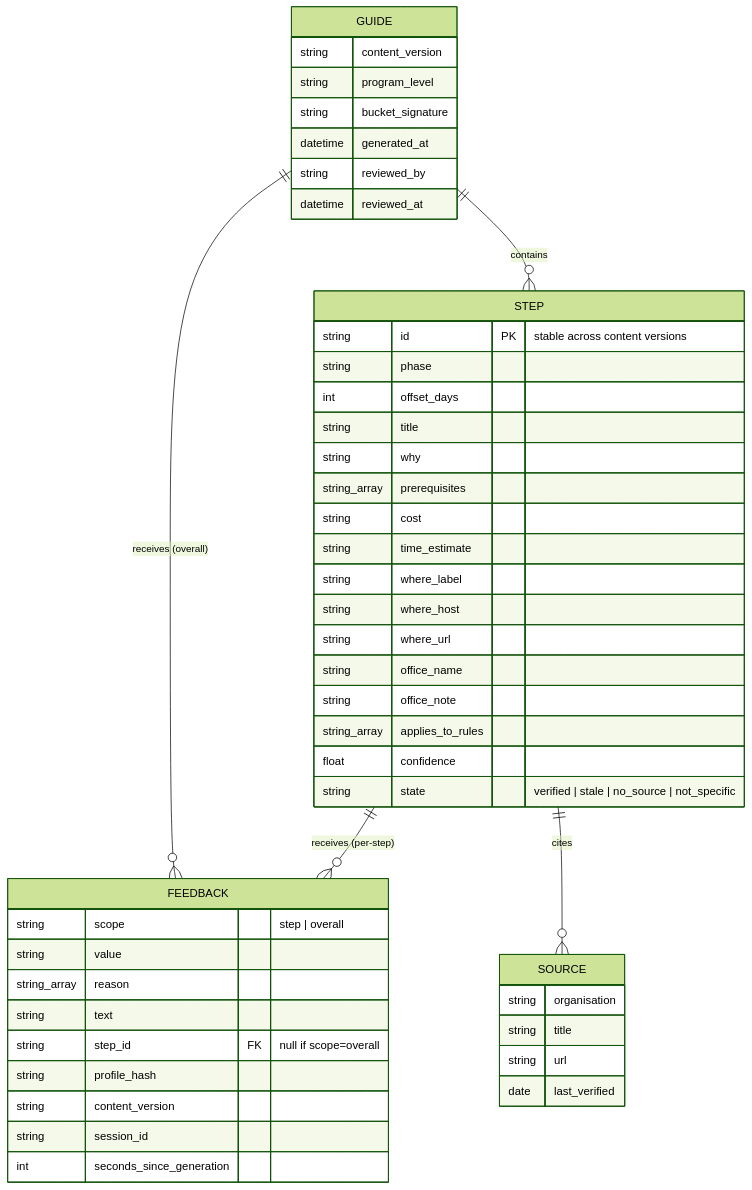
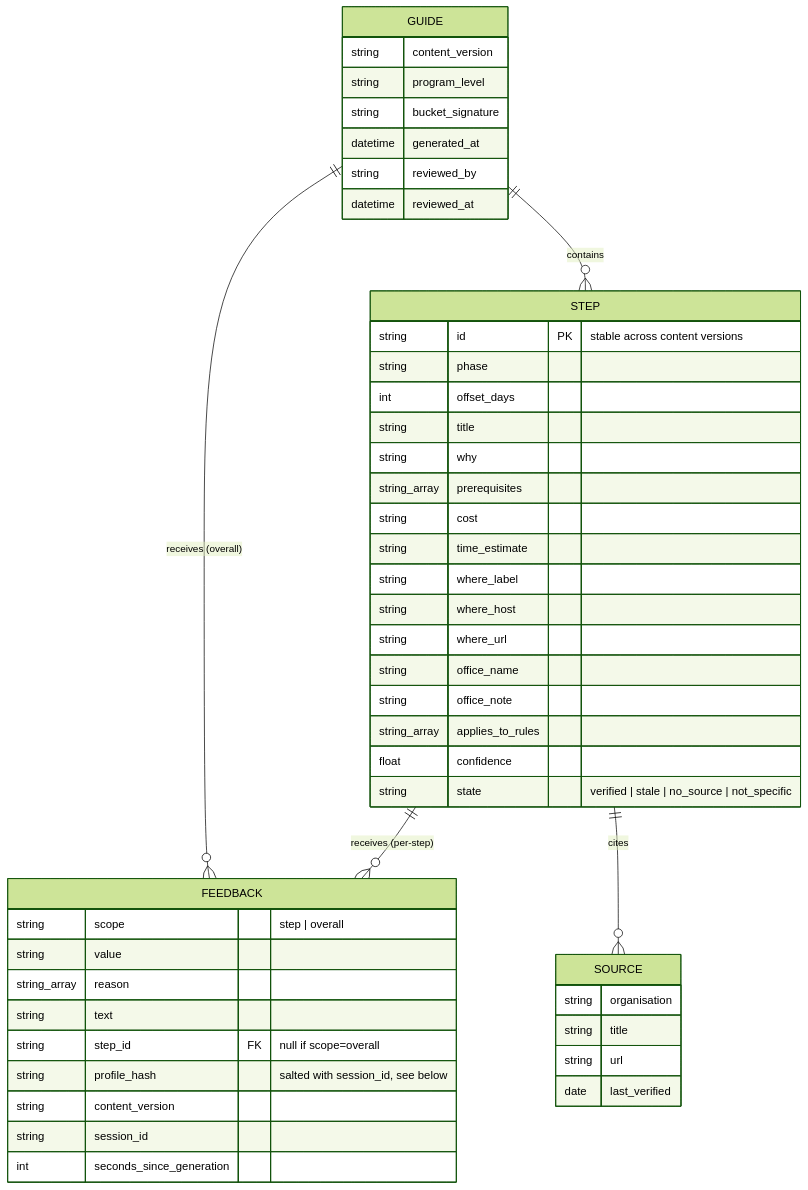
Before and after one commit to bvamith95/buildathon-testing: the seventh of 8 diagrams in docs/architecture.md, drawn with Mermaid (forest theme). The commit also changed other lines of this file and 3 other files, not shown here.

First line of the commit message:
Resolve open PRD/architecture decisions with product owner

````diff
--- a/docs/architecture.md
+++ b/docs/architecture.md
@@ -216,54 +216,54 @@
 ```mermaid
 erDiagram
   GUIDE ||--o{ STEP : contains
   GUIDE ||--o{ FEEDBACK : "receives (overall)"
   STEP ||--o{ FEEDBACK : "receives (per-step)"
   STEP ||--o{ SOURCE : "cites"
 
   GUIDE {
     string content_version
     string program_level
     string bucket_signature
     datetime generated_at
     string reviewed_by
     datetime reviewed_at
   }
 
   STEP {
     string id PK "stable across content versions"
     string phase
     int offset_days
     string title
     string why
     string_array prerequisites
     string cost
     string time_estimate
     string where_label
     string where_host
     string where_url
     string office_name
     string office_note
     string_array applies_to_rules
     float confidence
     string state "verified | stale | no_source | not_specific"
   }
 
   SOURCE {
     string organisation
     string title
     string url
     date last_verified
   }
 
   FEEDBACK {
     string scope "step | overall"
     string value
     string_array reason
     string text
     string step_id FK "null if scope=overall"
-    string profile_hash
+    string profile_hash "salted with session_id, see below"
     string content_version
     string session_id
     int seconds_since_generation
   }
 ```
````
